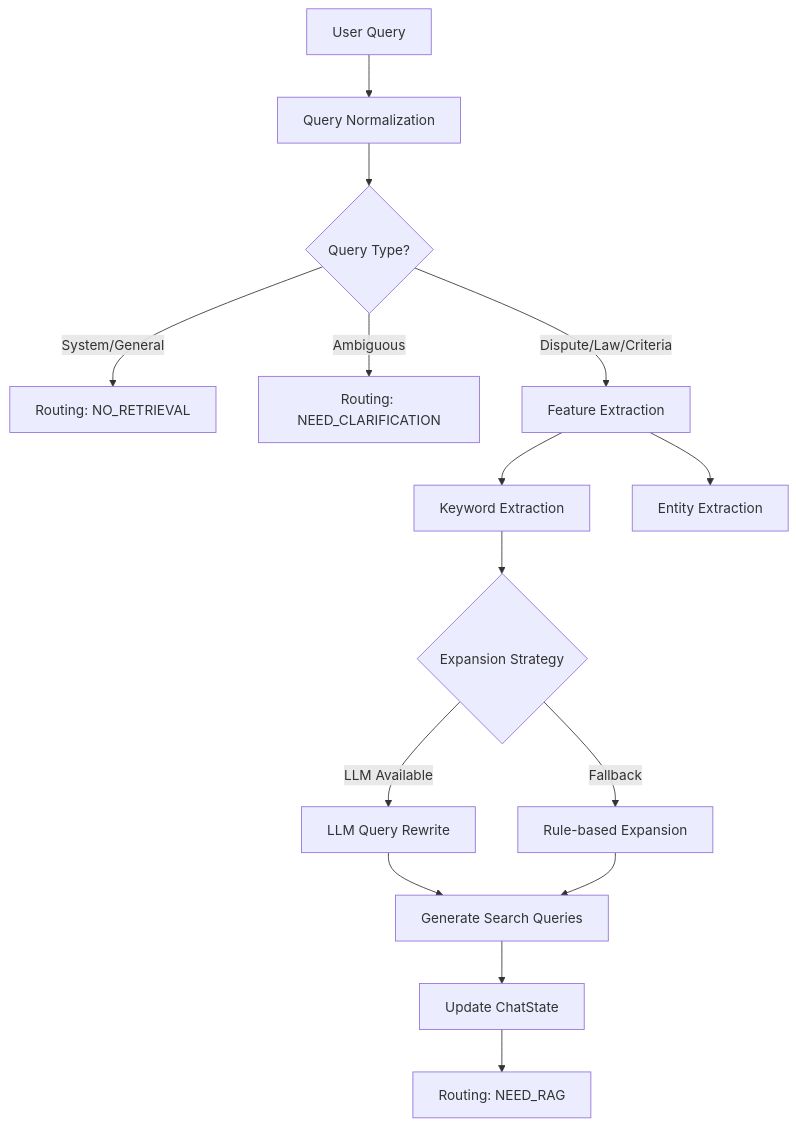
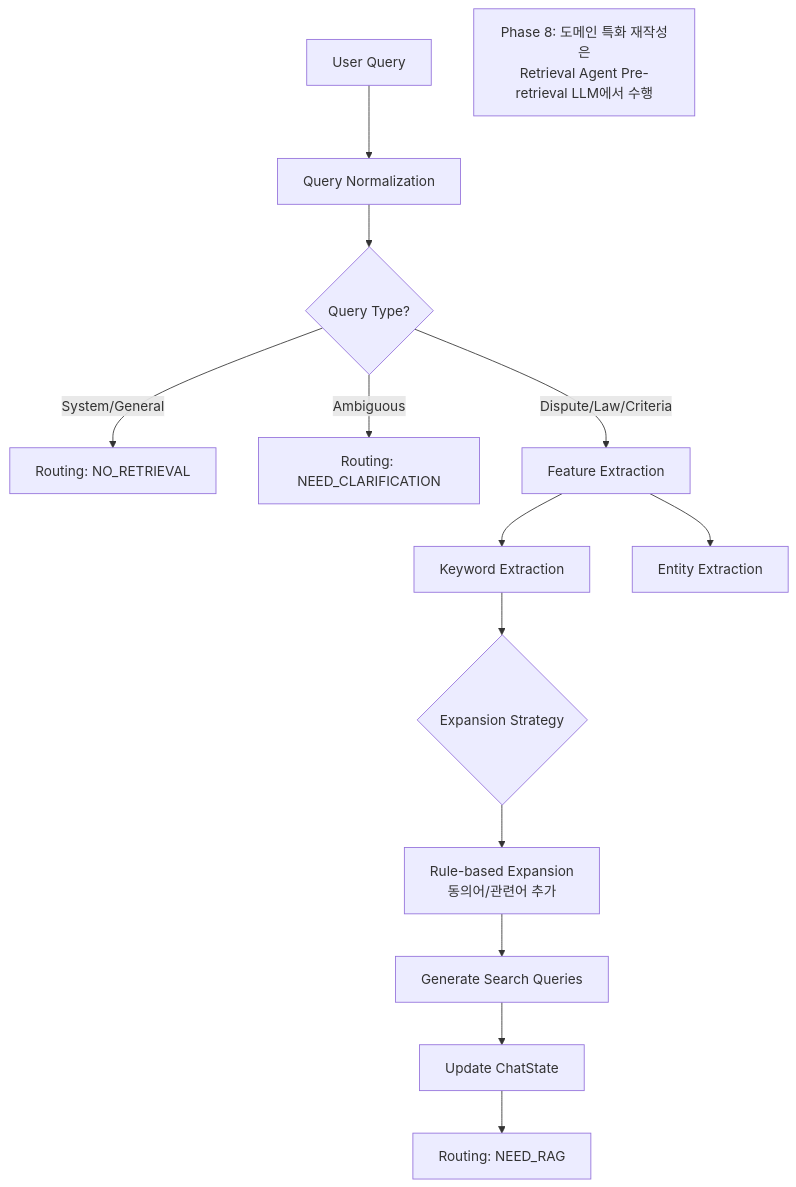
The diagram in backend/app/agents/query_analysis/README.md (Maroco0109/Ddoksori), drawn with Mermaid before and after one commit. The commit also changed other lines of this file and 12 other files, not shown here.

````diff
--- a/backend/app/agents/query_analysis/README.md
+++ b/backend/app/agents/query_analysis/README.md
@@ -18,22 +20,22 @@
 ```mermaid
 flowchart TD
     UserQuery[User Query] --> Normalize[Query Normalization]
     Normalize --> Classify{Query Type?}
     
     Classify -- System/General --> NoRetrieval[Routing: NO_RETRIEVAL]
     Classify -- Ambiguous --> Clarify[Routing: NEED_CLARIFICATION]
     Classify -- Dispute/Law/Criteria --> Extract[Feature Extraction]
     
     Extract --> Keywords[Keyword Extraction]
     Extract --> Entities[Entity Extraction]
     
     Keywords --> Expansion{Expansion Strategy}
-    Expansion -- LLM Available --> LLMRewrite[LLM Query Rewrite]
-    Expansion -- Fallback --> RuleExpansion[Rule-based Expansion]
-    
-    LLMRewrite --> SearchQueries[Generate Search Queries]
-    RuleExpansion --> SearchQueries
+    Expansion --> RuleExpansion[Rule-based Expansion<br/>동의어/관련어 추가]
+
+    RuleExpansion --> SearchQueries[Generate Search Queries]
+
+    Note[Phase 8: 도메인 특화 재작성은<br/>Retrieval Agent Pre-retrieval LLM에서 수행]
     
     SearchQueries --> FinalState[Update ChatState]
     FinalState --> NextNode[Routing: NEED_RAG]
 ```
````
